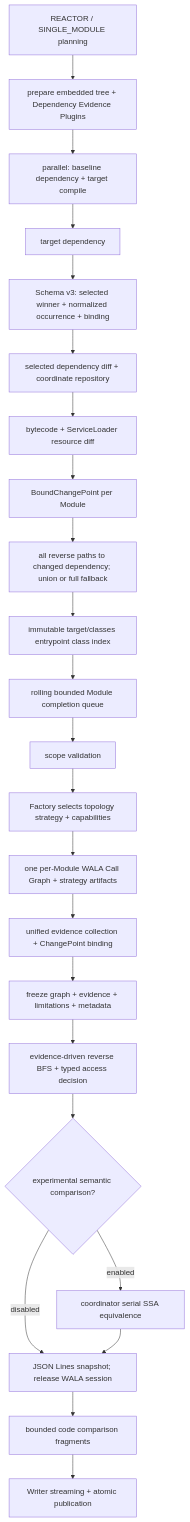
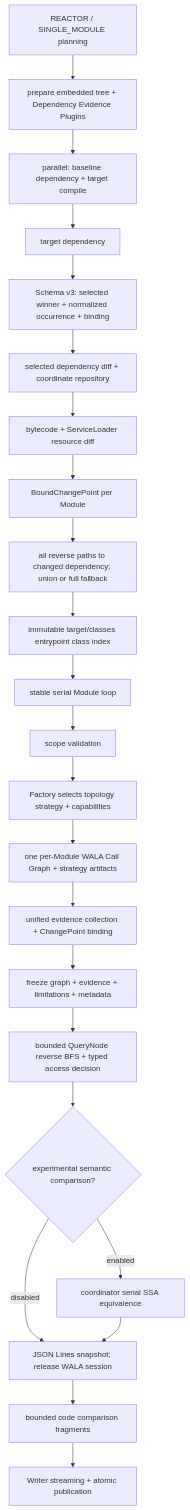
One commit to ymyii/change-impact-analyze changed the diagram in wiki/architecture/dependency-analysis-pipelines.md. Above: the diagram before and after it, drawn with Mermaid. The commit also changed other lines of this file and 20 other files, not shown here.

First line of the commit message:
feat(impact)!: parallelize queries by query node

````diff
--- a/wiki/architecture/dependency-analysis-pipelines.md
+++ b/wiki/architecture/dependency-analysis-pipelines.md
@@ -68,25 +68,25 @@
 ```mermaid
 flowchart TD
   Scope["REACTOR / SINGLE_MODULE planning"] --> Plugin["prepare embedded tree + Dependency Evidence Plugins"]
   Plugin --> Front
   Front["parallel: baseline dependency + target compile"] --> TargetDep["target dependency"]
   TargetDep --> Evidence["Schema v3: selected winner + normalized occurrence + binding"]
   Evidence --> DepDiff["selected dependency diff + coordinate repository"]
   DepDiff --> JarDiff["bytecode + ServiceLoader resource diff"]
   JarDiff --> Bind["BoundChangePoint per Module"]
   Bind --> PathPlan["all reverse paths to changed dependency; union or full fallback"]
   PathPlan --> EntrySelection["immutable target/classes entrypoint class index"]
-  EntrySelection --> ModulePool["rolling bounded Module completion queue"]
-  ModulePool --> ScopeValidation["scope validation"]
+  EntrySelection --> ModuleSerial["stable serial Module loop"]
+  ModuleSerial --> ScopeValidation["scope validation"]
   ScopeValidation --> Strategy["Factory selects topology strategy + capabilities"]
   Strategy --> CFA["one per-Module WALA Call Graph + strategy artifacts"]
   CFA --> Collector["unified evidence collection + ChangePoint binding"]
   Collector --> Session["freeze graph + evidence + limitations + metadata"]
-  Session --> Query["evidence-driven reverse BFS + typed access decision"]
+  Session --> Query["bounded QueryNode reverse BFS + typed access decision"]
   Query --> Semantic{"experimental semantic comparison?"}
   Semantic -->|enabled| SSA["coordinator serial SSA equivalence"]
   Semantic -->|disabled| Spill["JSON Lines snapshot; release WALA session"]
   SSA --> Spill
   Spill --> Decompile["bounded code comparison fragments"]
   Decompile --> Report["Writer streaming + atomic publication"]
 ```
````
